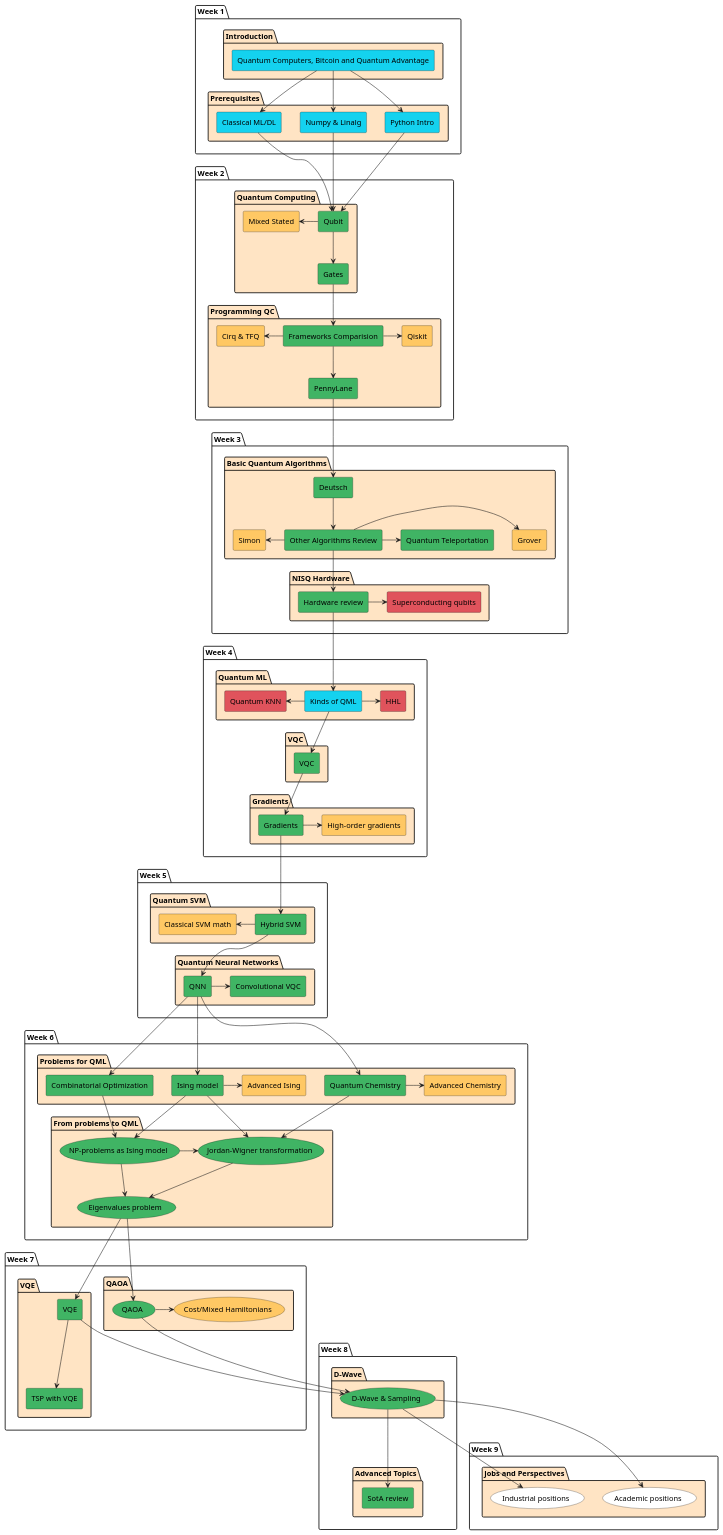
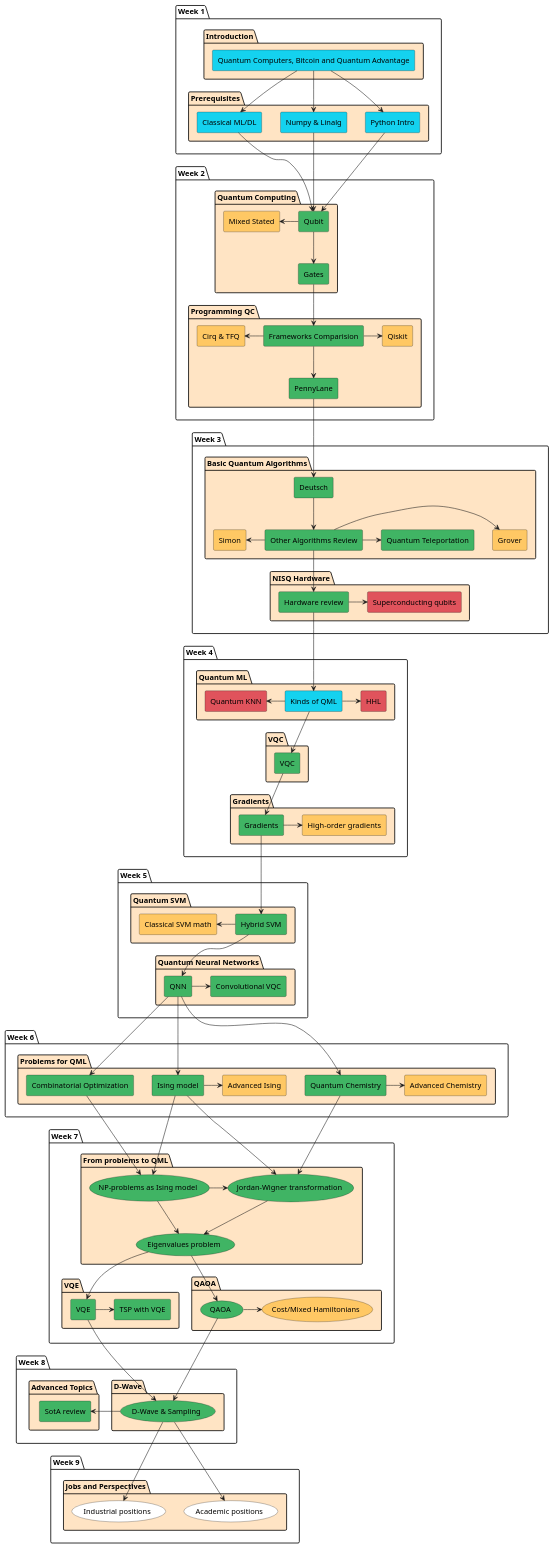
The diagram in qmlcourseRU/_static/index/program.plantuml (quantum-ods/qmlcourse), drawn with PlantUML before and after one commit. The commit also changed 1 other file, not shown here.

```diff
--- a/qmlcourseRU/_static/index/program.plantuml
+++ b/qmlcourseRU/_static/index/program.plantuml
@@ -1,192 +1,192 @@
 @startuml
 package "Week 1" {
         package "Introduction" #Bisque {
                 rectangle "Quantum Computers, Bitcoin and Quantum Advantage" as intro1 #14D2EF
         }
 
         package "Prerequisites" #Bisque {
                 rectangle "Python Intro" as python #14D2EF
                 rectangle "Numpy & Linalg" as numpy #14D2EF
                 rectangle "Classical ML/DL" as ml #14D2EF
         }
 }
 
 package "Week 2" {
         package "Quantum Computing" as qci #Bisque {
                 rectangle "Qubit" as qubit #40B464
                 rectangle "Gates" as gates #40B464
                 rectangle "Mixed Stated" as mixed #FFC864
         }
 
         package "Programming QC" #Bisque {
                 rectangle "Frameworks Comparision" as progcomparision #40B464
                 rectangle "PennyLane" as pennylane #40B464
                 rectangle "Qiskit" as qiskit #FFC864
                 rectangle "Cirq & TFQ" as cirq #FFC864
         }
 }
 
 package "Week 3" {
         package "Basic Quantum Algorithms" as qalgo #Bisque {
                 rectangle "Deutsch" as deutsch #40B464
                 rectangle "Other Algorithms Review" as advanced_algos #40B464
                 rectangle "Grover" as grover #FFC864
                 rectangle "Quantum Teleportation" as qtp #40B464
                 rectangle "Simon" as saimon #FFC864
         }
 
         package "NISQ Hardware" #Bisque {
                 rectangle "Hardware review" as review #40B464
                 rectangle "Superconducting qubits" as schard #E0535C
         }
 }
 
 package "Week 4" {
         package "Quantum ML" #Bisque {
                 rectangle "Kinds of QML" as qml_general #14D2EF
                 rectangle "HHL" as hhl #E0535C
                 rectangle "Quantum KNN" as qknn #E0535C
         }
 
         package "VQC" #Bisque {
                 rectangle "VQC" as vqc #40B464
         }
 
         package "Gradients" #Bisque {
                 rectangle "Gradients" as grad #40B464
                 rectangle "High-order gradients" as hograd #FFC864
         }
 }
 
 package "Week 5" {
         package "Quantum SVM" #Bisque {
                 rectangle "Hybrid SVM" as hsvm #40B464
                 rectangle "Classical SVM math" as csvm #FFC864
         }
 
         package "Quantum Neural Networks" #Bisque {
                 rectangle "QNN" as qnn #40B464
                 ' rectangle "Barren plateaus" as barren #FFC864
                 rectangle "Convolutional VQC" as convvqc #40B464
         }
 }
 
 package "Week 6" {
         package "Problems for QML" #Bisque {
                 rectangle "Ising model" as ising #40B464
                 rectangle "Advanced Ising" as aising #FFC864
                 rectangle "Combinatorial Optimization" as copt #40B464
                 rectangle "Quantum Chemistry" as qchem #40B464
                 rectangle "Advanced Chemistry" as aqchem #FFC864
         }
+}
 
-        package "From problems to QML" #Bisque {
+package "Week 7" {
+          package "From problems to QML" #Bisque {
                 usecase "NP-problems as Ising model" as npising #40B464
                 usecase "Jordan-Wigner transformation" as jordan #40B464
                 usecase "Eigenvalues problem" as eigenvals #40B464
         }
-}
 
-package "Week 7" {
         package "VQE" #Bisque {
                 rectangle "VQE" as vqe #40B464
                 rectangle "TSP with VQE" as tspvqe #40B464
         }
 
         package "QAOA" #Bisque {
                 usecase "QAOA" as qaoa #40B464
                 usecase "Cost/Mixed Hamiltonians" as hams #FFC864
         }
 }
 
 package "Week 8" {
         package "D-Wave" #Bisque {
                 usecase "D-Wave & Sampling" as dwave #40B464
         }
 
         package "Advanced Topics" as adv #Bisque {
                 rectangle "SotA review" as sota #40B464
         }
 }
 
 package "Week 9" {
         package "Jobs and Perspectives" as jobs #Bisque {
                 usecase "Academic positions" as academic #White
                 usecase "Industrial positions" as industrial #White
         }
 }
 
 
 intro1 --> python
 intro1 --> numpy
 intro1 --> ml
 
 python --> qubit
 numpy --> qubit
 ml --> qubit
 
 qubit --> gates
 mixed <- qubit
 
 gates --> progcomparision
 progcomparision --> pennylane
 cirq <- progcomparision
 progcomparision -> qiskit
 
 pennylane --> deutsch
 
 deutsch --> advanced_algos
 advanced_algos -> grover
 advanced_algos -> qtp
 saimon <- advanced_algos
 
 advanced_algos --> review
 review -> schard
 
 review --> qml_general
 
 qml_general -> hhl
 qknn <- qml_general
 
 qml_general --> vqc
 
 vqc --> grad
 grad -> hograd
 
 grad --> hsvm
 ' barren <- qnn
 qnn -> convvqc
 
 hsvm --> qnn
 csvm <- hsvm
 
 qnn --> copt
 qnn --> ising
 qnn --> qchem
 qchem -> aqchem
 qchem --> jordan
 ising -> aising
 ising --> npising
 ising --> jordan
 npising -> jordan
 copt --> npising
 
 npising --> eigenvals
 jordan --> eigenvals
 
 eigenvals --> vqe
 eigenvals --> qaoa
 
-vqe --> tspvqe
+vqe -> tspvqe
 
 qaoa -> hams
 
 qaoa --> dwave
 vqe --> dwave
 
+dwave -> sota
+
 dwave --> academic
 dwave --> industrial
 
-dwave --> sota
-
 @enduml
```
